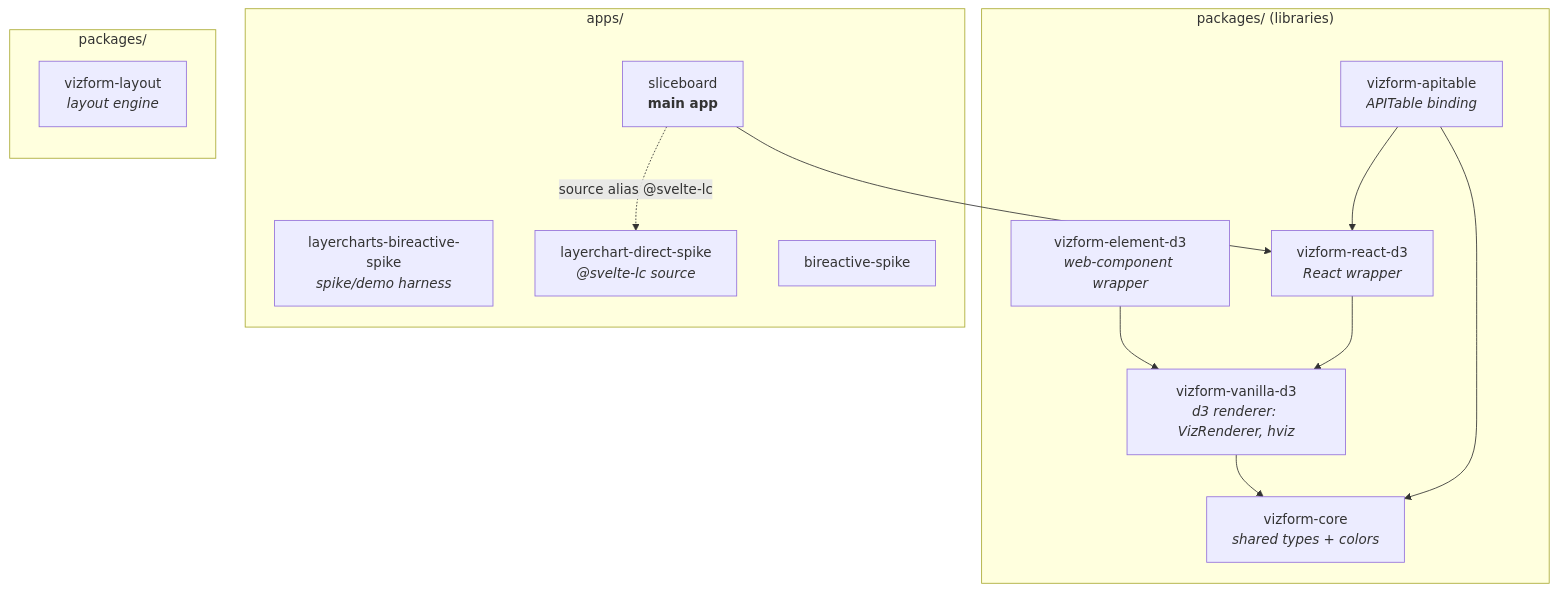
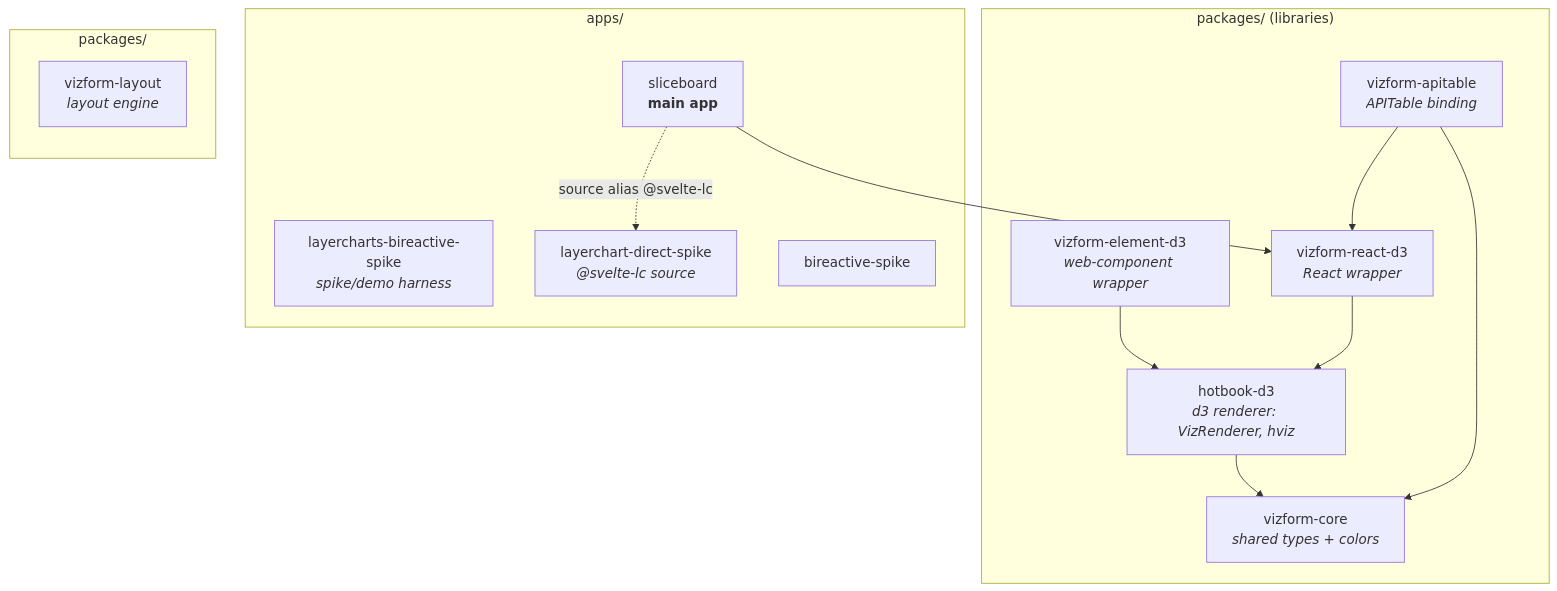
One commit to WinstonFassett/hotbook changed the first of 2 diagrams in wiki/dependencies.md. Above: the diagram before and after it, drawn with Mermaid. The commit also changed other lines of this file and 10 other files, not shown here.

First line of the commit message:
refactor: rename vizform-vanilla-d3 package to hotbook-d3

````diff
--- a/wiki/dependencies.md
+++ b/wiki/dependencies.md
@@ -12,30 +12,30 @@
 ```mermaid
 graph TD
   subgraph pkgs["packages/ (libraries)"]
     core["vizform-core<br/><i>shared types + colors</i>"]
-    vanilla["vizform-vanilla-d3<br/><i>d3 renderer: VizRenderer, hviz</i>"]
+    vanilla["hotbook-d3<br/><i>d3 renderer: VizRenderer, hviz</i>"]
     elem["vizform-element-d3<br/><i>web-component wrapper</i>"]
     reactd3["vizform-react-d3<br/><i>React wrapper</i>"]
     apitable["vizform-apitable<br/><i>APITable binding</i>"]
   end
 
   subgraph apps["apps/"]
     slice["sliceboard<br/><b>main app</b>"]
     brlc["layercharts-bireactive-spike<br/><i>spike/demo harness</i>"]
     sveltelc["layerchart-direct-spike<br/><i>@svelte-lc source</i>"]
     brspike["bireactive-spike"]
   end
 
   subgraph packages["packages/"]
     direction TB
     nativelayout["vizform-layout<br/><i>layout engine</i>"]
   end
 
   vanilla --> core
   elem --> vanilla
   reactd3 --> vanilla
   apitable --> core
   apitable --> reactd3
   slice --> reactd3
   slice -. "source alias @svelte-lc" .-> sveltelc
 ```
````
